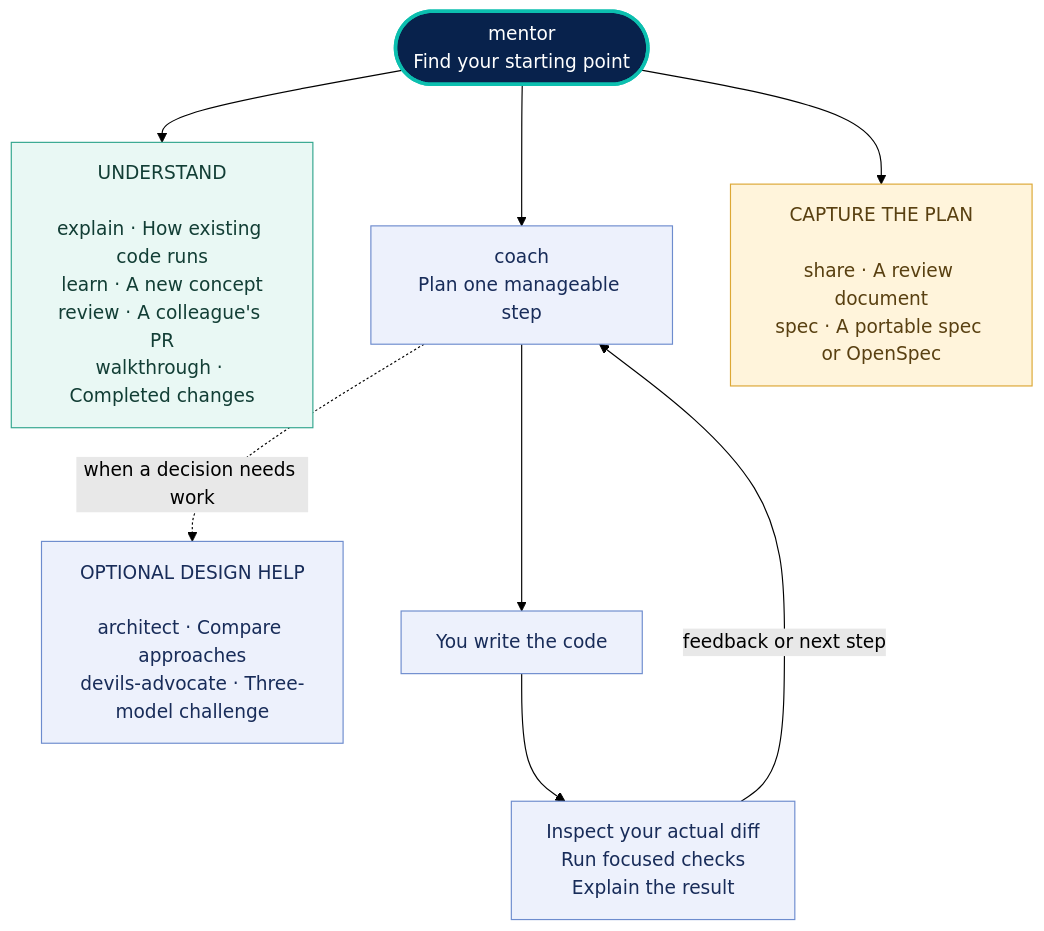
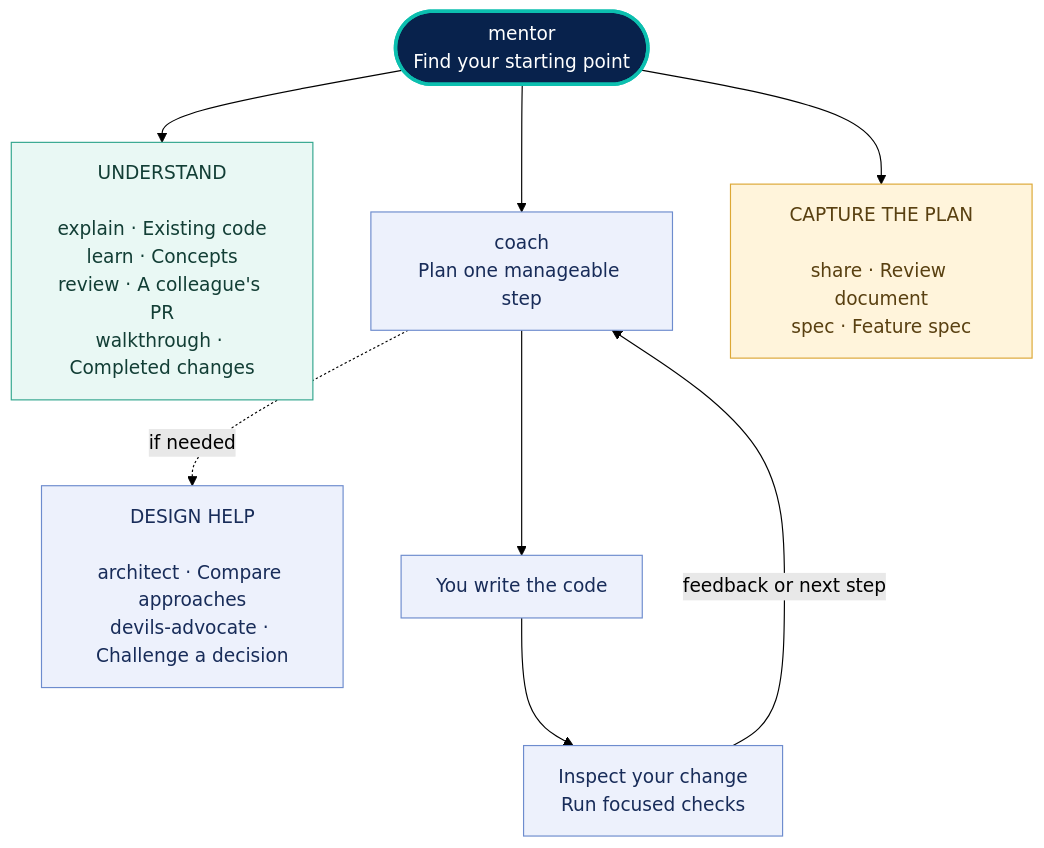
The diagram in README.md (SirL0fty/dev-mentor), drawn with Mermaid (forest theme) before and after one commit. The commit also changed other lines of this file and 4 other files, not shown here.

````diff
--- a/README.md
+++ b/README.md
@@ -231,26 +72,24 @@
 ```mermaid
 flowchart TB
     Mentor(["mentor<br/>Find your starting point"])
-    Understand["UNDERSTAND<br/><br/>explain · How existing code runs<br/>learn · A new concept<br/>review · A colleague's PR<br/>walkthrough · Completed changes"]
+    Understand["UNDERSTAND<br/><br/>explain · Existing code<br/>learn · Concepts<br/>review · A colleague's PR<br/>walkthrough · Completed changes"]
     Coach["coach<br/>Plan one manageable step"]
-    Prepare["CAPTURE THE PLAN<br/><br/>share · A review document<br/>spec · A portable spec or OpenSpec"]
-    Design["OPTIONAL DESIGN HELP<br/><br/>architect · Compare approaches<br/>devils-advocate · Three-model challenge"]
+    Prepare["CAPTURE THE PLAN<br/><br/>share · Review document<br/>spec · Feature spec"]
+    Design["DESIGN HELP<br/><br/>architect · Compare approaches<br/>devils-advocate · Challenge a decision"]
     Edit["You write the code"]
-    Check["Inspect your actual diff<br/>Run focused checks<br/>Explain the result"]
-
+    Check["Inspect your change<br/>Run focused checks"]
     Mentor --> Understand
     Mentor --> Coach
     Mentor --> Prepare
-    Coach -. "when a decision needs work" .-> Design
+    Coach -. "if needed" .-> Design
     Coach --> Edit --> Check
     Check -->|"feedback or next step"| Coach
-
     classDef entry fill:#08224c,color:#ffffff,stroke:#0cbfaf,stroke-width:3px
     classDef understand fill:#e9f8f4,color:#123e35,stroke:#32a68e
     classDef build fill:#edf1fc,color:#182c59,stroke:#6d8cce
     classDef share fill:#fff4db,color:#594011,stroke:#dca735
     class Mentor entry
     class Understand understand
     class Coach,Edit,Check,Design build
     class Prepare share
 ```
````
